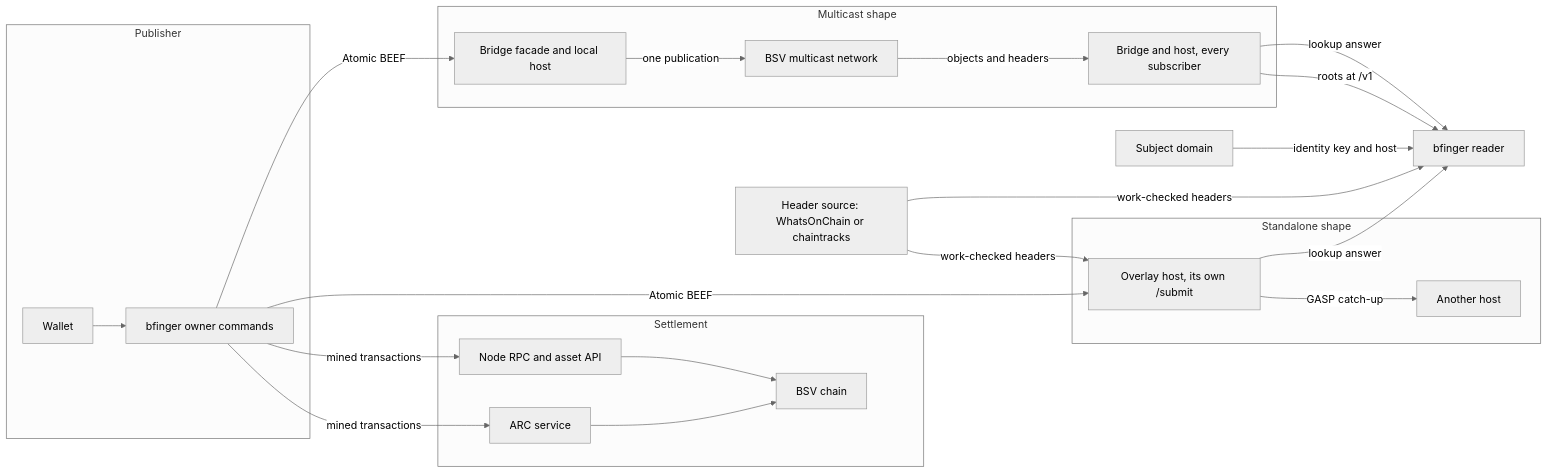
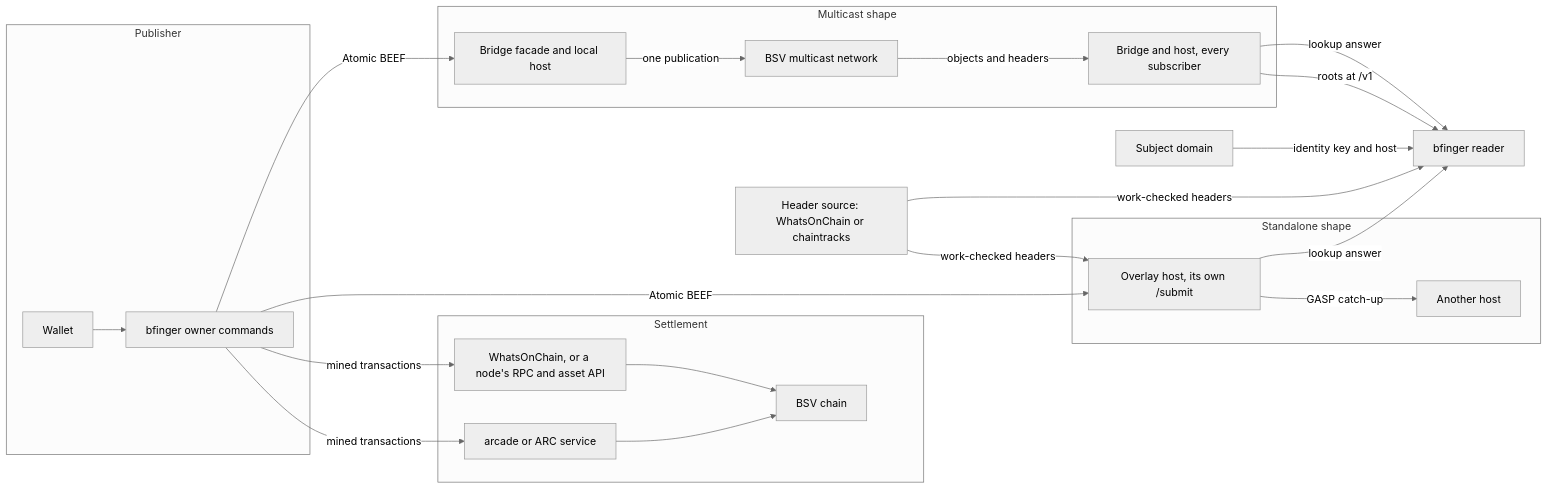
One commit to lightwebinc/bfinger changed the first of 2 diagrams in docs/architecture.md. Above: the diagram before and after it, drawn with Mermaid (neutral theme). The commit also changed other lines of this file and 10 other files, not shown here.

````diff
--- a/docs/architecture.md
+++ b/docs/architecture.md
@@ -25,41 +26,41 @@
 ```mermaid
 flowchart LR
   subgraph pub["Publisher"]
     cli["bfinger owner commands"]
     wal["Wallet"]
   end
   subgraph stl["Settlement"]
-    arc["ARC service"]
-    nod["Node RPC and asset API"]
+    arc["arcade or ARC service"]
+    nod["WhatsOnChain, or a node's RPC and asset API"]
     chn["BSV chain"]
   end
   hs["Header source: WhatsOnChain or chaintracks"]
   subgraph solo["Standalone shape"]
     h1["Overlay host, its own /submit"]
     h1b["Another host"]
   end
   subgraph mc["Multicast shape"]
     fac["Bridge facade and local host"]
     net["BSV multicast network"]
     brx["Bridge and host, every subscriber"]
   end
   dom["Subject domain"]
   rdr["bfinger reader"]
 
   wal --> cli
   cli -->|"mined transactions"| arc
   cli -->|"mined transactions"| nod
   arc --> chn
   nod --> chn
   cli -->|"Atomic BEEF"| h1
   h1 -->|"GASP catch-up"| h1b
   cli -->|"Atomic BEEF"| fac
   fac -->|"one publication"| net
   net -->|"objects and headers"| brx
   hs -->|"work-checked headers"| h1
   hs -->|"work-checked headers"| rdr
   brx -->|"roots at /v1"| rdr
   dom -->|"identity key and host"| rdr
   h1 -->|"lookup answer"| rdr
   brx -->|"lookup answer"| rdr
 ```
````
